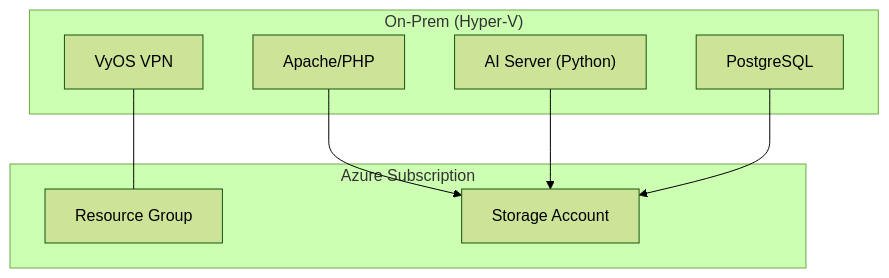
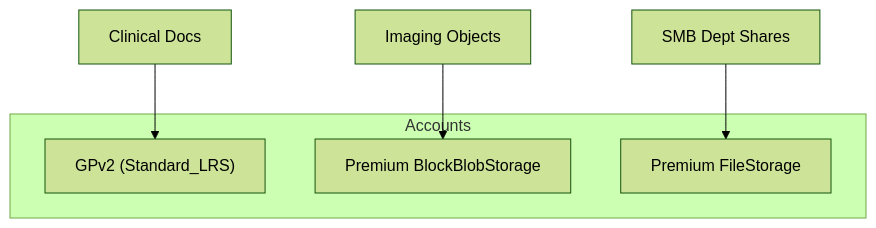
The first of 2 diagrams in Azure_Storage/modules/Module04-Storage_Account_Types_(Standard_Premium).md (heisthesisko/azure-se-bootcamp), drawn with Mermaid (forest theme) before and after one commit. The commit also changed other lines of this file and 213 other files, not shown here.

````diff
--- a/Azure_Storage/modules/Module04-Storage_Account_Types_(Standard_Premium).md
+++ b/Azure_Storage/modules/Module04-Storage_Account_Types_(Standard_Premium).md
@@ -14,17 +12,12 @@
 ```mermaid
 flowchart TB
-  subgraph Azure ["Azure Subscription"]
-    RG["Resource Group"]
-    SA["Storage Account"]
+  subgraph Accounts
+    GPv2["GPv2 (Standard_LRS)"]
+    BBS["Premium BlockBlobStorage"]
+    FS["Premium FileStorage"]
   end
-  subgraph OnPrem ["On-Prem (Hyper-V)"]
-    VyOS["VyOS VPN"]
-    Web["Apache/PHP"]
-    DB["PostgreSQL"]
-    AI["AI Server (Python)"]
-  end
-  VyOS --- RG
-  Web --> SA
-  AI --> SA
-  DB --> SA
+  WorkloadA["Clinical Docs"] --> GPv2
+  WorkloadB["Imaging Objects"] --> BBS
+  WorkloadC["SMB Dept Shares"] --> FS
+
 ```
````
